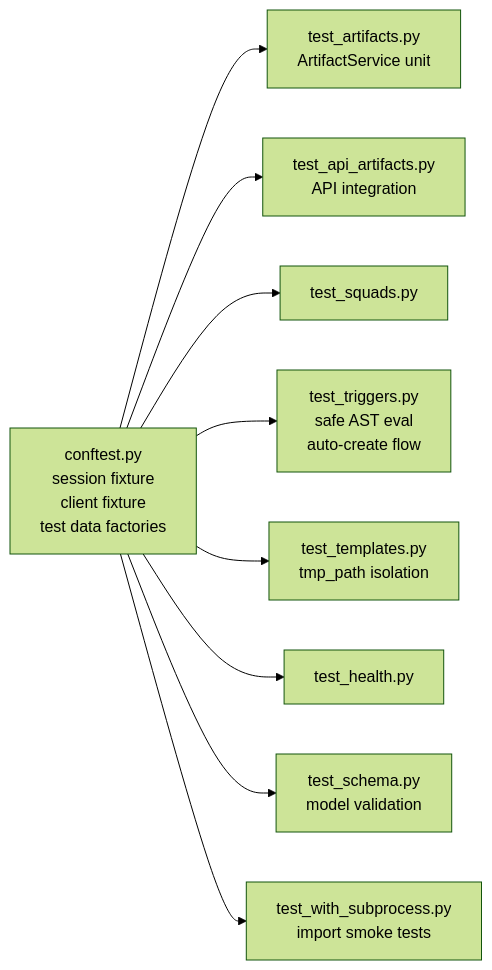
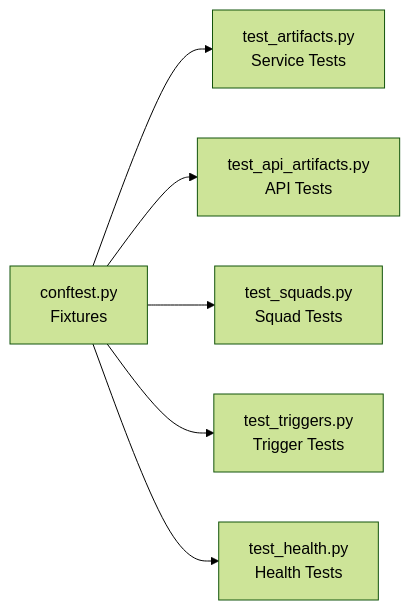
One commit to sophie-pyxis/adr_hub changed diagram 14 of 15 in README.md. Above: the diagram before and after it, drawn with Mermaid (forest theme). The commit also changed other lines of this file, not shown here.

First line of the commit message:
Simplify architectural diagrams for enterprise readability

````diff
--- a/README.md
+++ b/README.md
@@ -497,13 +579,8 @@
 ```mermaid
 flowchart LR
-    CF["conftest.py<br/>session fixture<br/>client fixture<br/>test data factories"]
-
-    CF --> TA["test_artifacts.py<br/>ArtifactService unit"]
-    CF --> TAA["test_api_artifacts.py<br/>API integration"]
-    CF --> TS["test_squads.py"]
-    CF --> TT["test_triggers.py<br/>safe AST eval<br/>auto-create flow"]
-    CF --> TTEM["test_templates.py<br/>tmp_path isolation"]
-    CF --> TH["test_health.py"]
-    CF --> TSC["test_schema.py<br/>model validation"]
-    CF --> TWS["test_with_subprocess.py<br/>import smoke tests"]
+    CF[conftest.py<br/>Fixtures] --> TA[test_artifacts.py<br/>Service Tests]
+    CF --> TAA[test_api_artifacts.py<br/>API Tests]
+    CF --> TS[test_squads.py<br/>Squad Tests]
+    CF --> TT[test_triggers.py<br/>Trigger Tests]
+    CF --> TH[test_health.py<br/>Health Tests]
 ```
````
